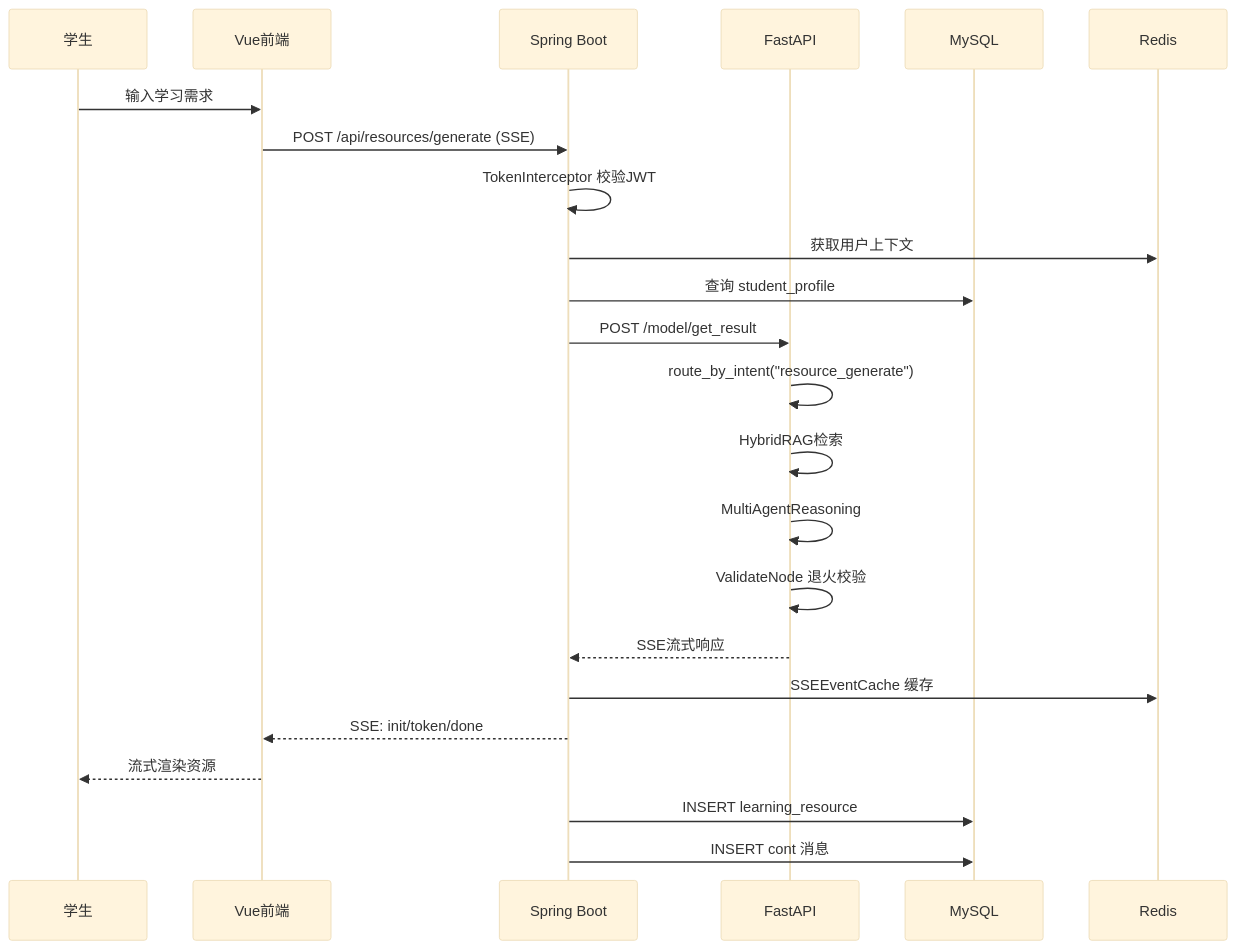
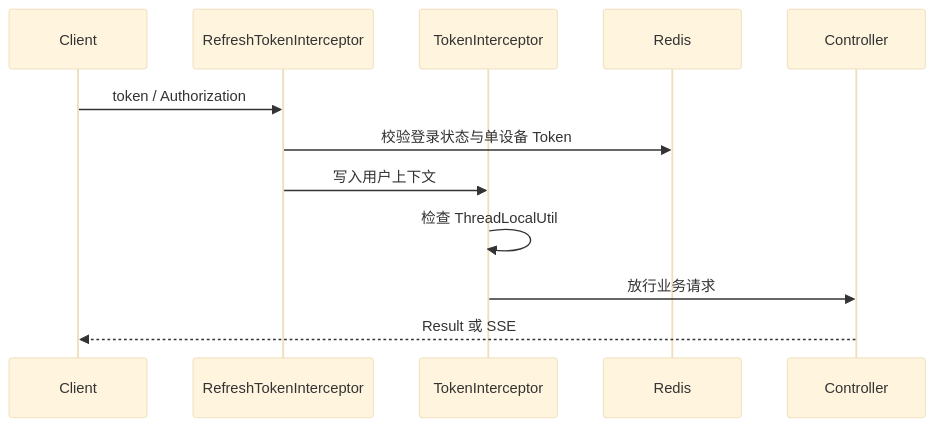
The second of 6 diagrams in docs/architecture/系统设计说明书.md (AttentionCoo/learning-characterizing-mas), drawn with Mermaid (base theme) before and after one commit. The commit also changed other lines of this file and 6 other files, not shown here.

````diff
--- a/docs/architecture/系统设计说明书.md
+++ b/docs/architecture/系统设计说明书.md
@@ -429,26 +101,15 @@
 ```mermaid
 sequenceDiagram
-    participant S as 学生
-    participant FE as Vue前端
-    participant BE as Spring Boot
-    participant ML as FastAPI
-    participant DB as MySQL
-    participant R as Redis
+    participant C as Client
+    participant R as RefreshTokenInterceptor
+    participant T as TokenInterceptor
+    participant Redis
+    participant Ctrl as Controller
 
-    S->>FE: 输入学习需求
-    FE->>BE: POST /api/resources/generate (SSE)
-    BE->>BE: TokenInterceptor 校验JWT
-    BE->>R: 获取用户上下文
-    BE->>DB: 查询 student_profile
-    BE->>ML: POST /model/get_result
-    ML->>ML: route_by_intent("resource_generate")
-    ML->>ML: HybridRAG检索
-    ML->>ML: MultiAgentReasoning
-    ML->>ML: ValidateNode 退火校验
-    ML-->>BE: SSE流式响应
-    BE->>R: SSEEventCache 缓存
-    BE-->>FE: SSE: init/token/done
-    FE-->>S: 流式渲染资源
-    BE->>DB: INSERT learning_resource
-    BE->>DB: INSERT cont 消息
+    C->>R: token / Authorization
+    R->>Redis: 校验登录状态与单设备 Token
+    R->>T: 写入用户上下文
+    T->>T: 检查 ThreadLocalUtil
+    T->>Ctrl: 放行业务请求
+    Ctrl-->>C: Result 或 SSE
 ```
````
